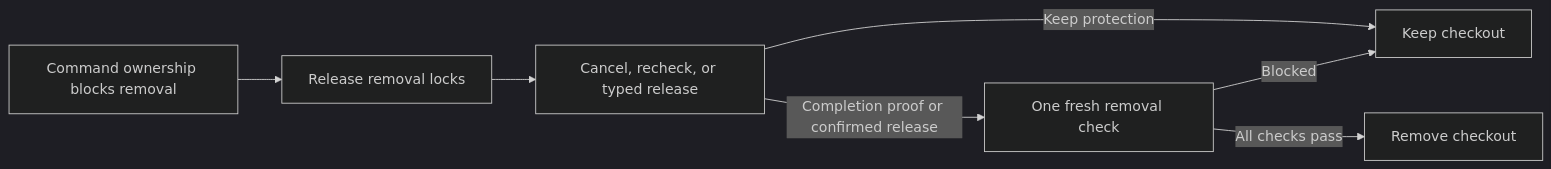
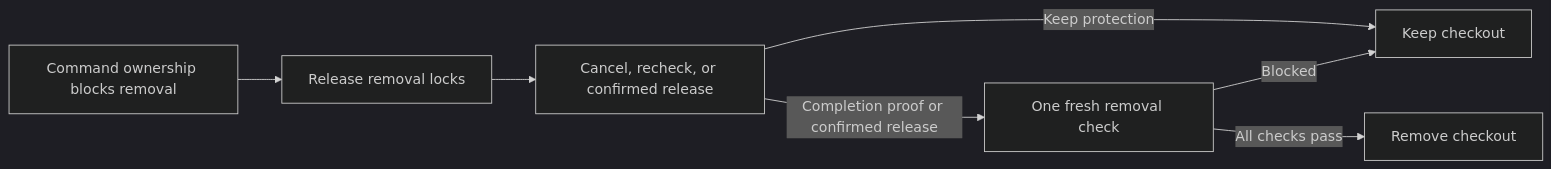
The fifth of 5 diagrams in extensions/pi-herdr-tools/README.md (HenryQW/pi-harness), drawn with Mermaid (dark theme) before and after one commit. The commit also changed other lines of this file and 8 other files, not shown here.

````diff
--- a/extensions/pi-herdr-tools/README.md
+++ b/extensions/pi-herdr-tools/README.md
@@ -277,9 +285,9 @@
 ```mermaid
 flowchart LR
     A[Command ownership blocks removal] --> B[Release removal locks]
-    B --> C[Cancel, recheck, or typed release]
+    B --> C[Cancel, recheck, or confirmed release]
     C -->|Keep protection| D[Keep checkout]
     C -->|Completion proof or confirmed release| E[One fresh removal check]
     E -->|All checks pass| F[Remove checkout]
     E -->|Blocked| D
 ```
````
